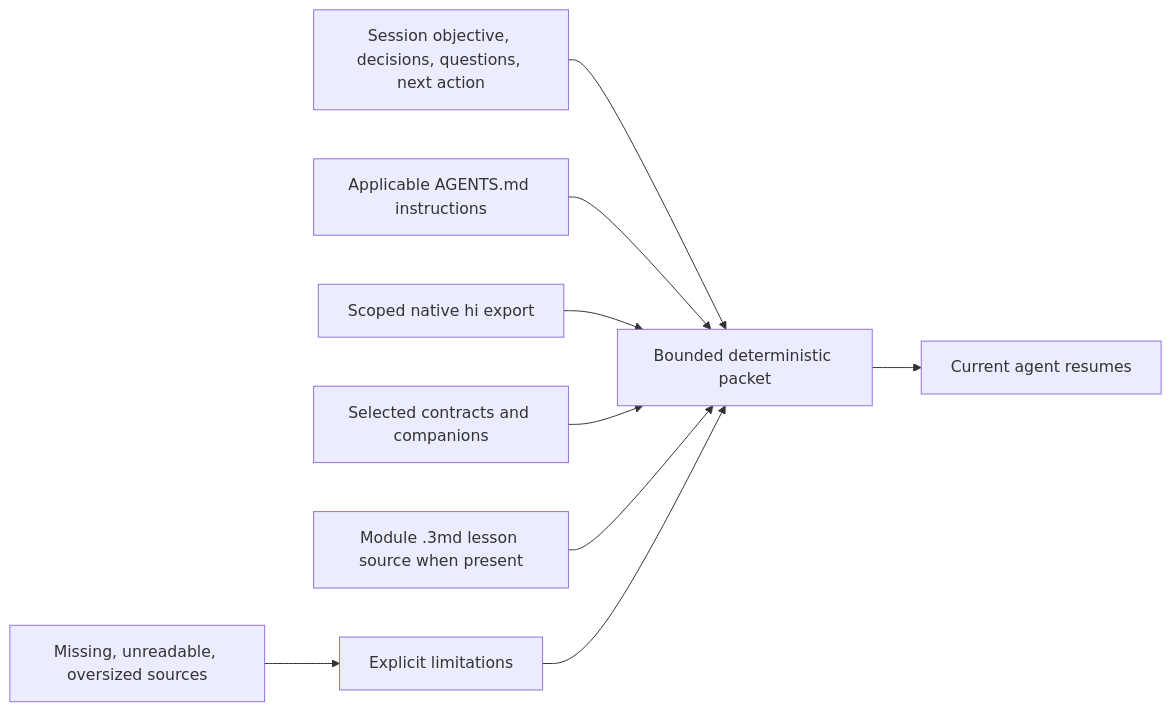
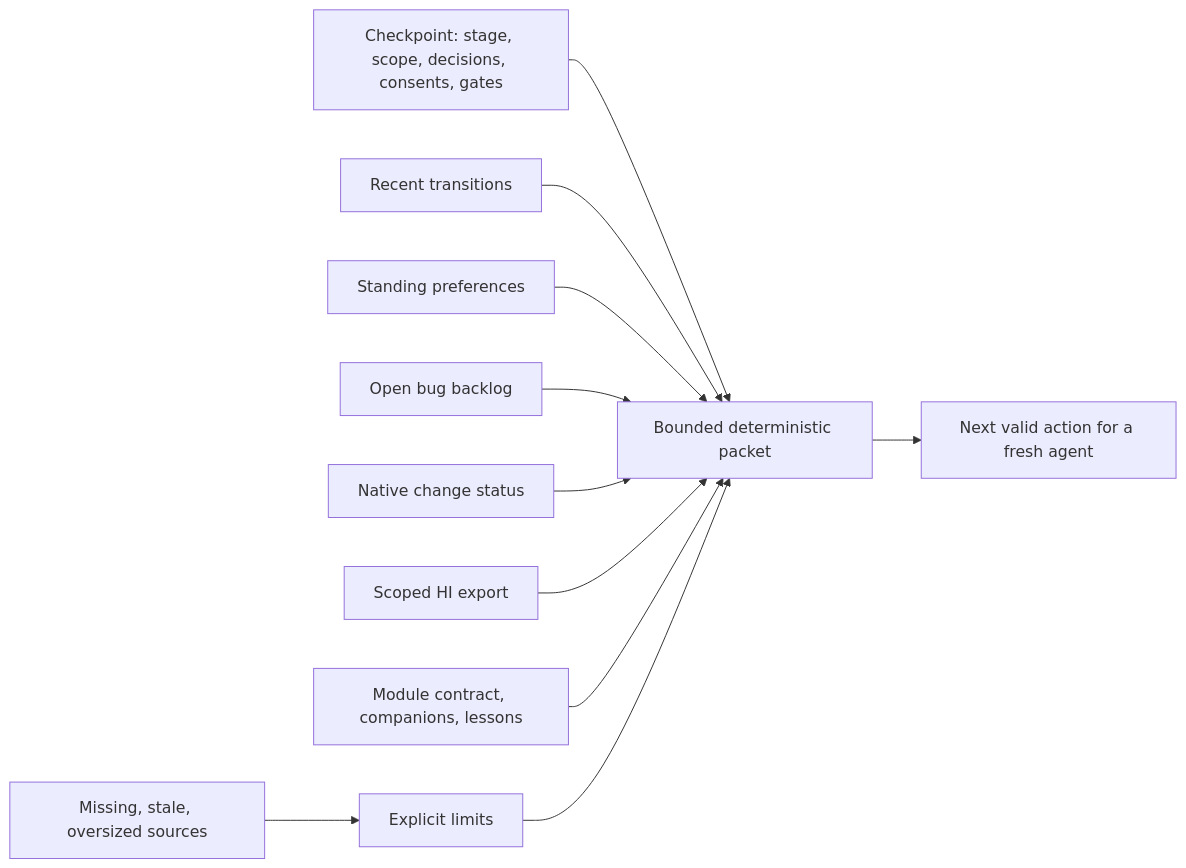
One commit to CorvidLabs/chough changed the diagram in docs/diagrams/context.mmd. Above: the diagram before and after it, drawn with Mermaid. The commit also changed 281 other files, not shown here.

```diff
--- a/docs/diagrams/context.mmd
+++ b/docs/diagrams/context.mmd
@@ -1,9 +1,11 @@
 flowchart LR
-    session["Session objective, decisions, questions, next action"] --> packet["Bounded deterministic packet"]
-    instructions["Applicable AGENTS.md instructions"] --> packet
-    hi["Scoped native hi export"] --> packet
-    modules["Selected contracts and companions"] --> packet
-    lessons["Module .3md lesson source when present"] --> packet
-    packet --> agent["Current agent resumes"]
-    missing["Missing, unreadable, oversized sources"] --> limits["Explicit limitations"]
+    checkpoint["Checkpoint: stage, scope, decisions, consents, gates"] --> packet["Bounded deterministic packet"]
+    transitions["Recent transitions"] --> packet
+    prefs["Standing preferences"] --> packet
+    bugs["Open bug backlog"] --> packet
+    native["Native change status"] --> packet
+    hi["Scoped HI export"] --> packet
+    modules["Module contract, companions, lessons"] --> packet
+    missing["Missing, stale, oversized sources"] --> limits["Explicit limits"]
     limits --> packet
+    packet --> next["Next valid action for a fresh agent"]
```
